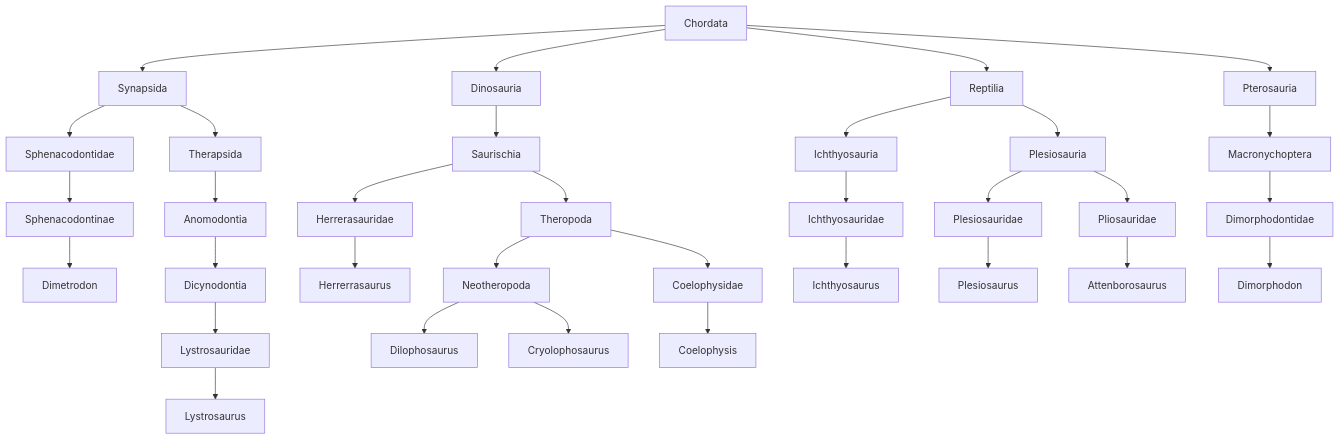
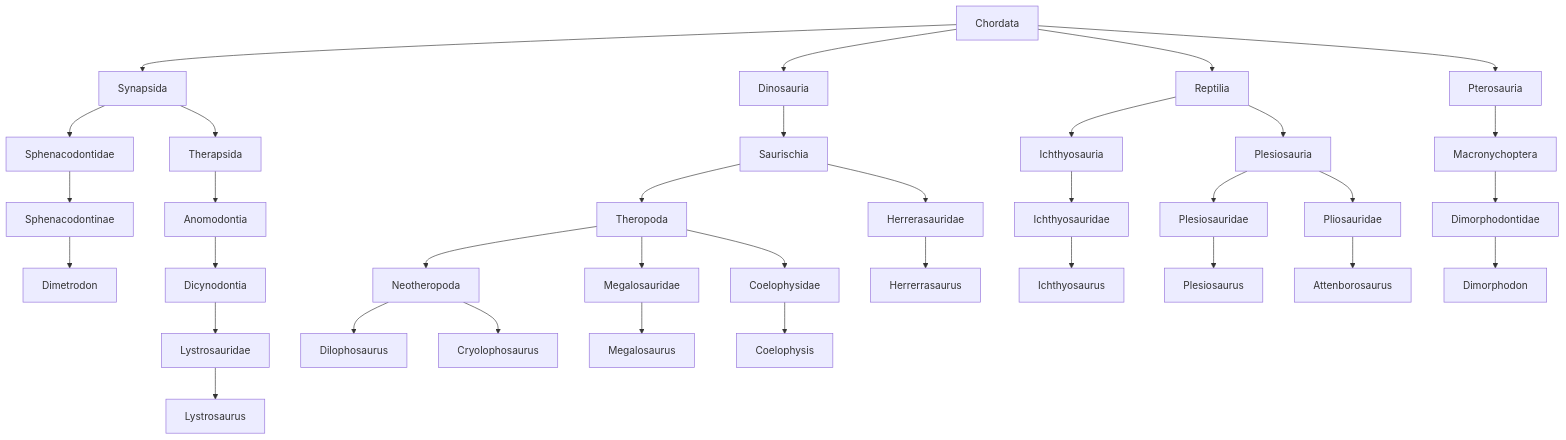
Before and after one commit to jackdixonryan/JWE2-Taxonomy: the diagram in readme.md, drawn with Mermaid.

Commit message:
Update readme.md
Megalos

````diff
--- a/readme.md
+++ b/readme.md
@@ -3,50 +3,51 @@
 ```mermaid
 graph TD;
 
 Chordata-->Synapsida
 Chordata-->Dinosauria
 Chordata-->Reptilia
 Chordata-->Pterosauria
 
 Synapsida-->Sphenacodontidae
 Synapsida-->Therapsida
 
 Sphenacodontidae-->Sphenacodontinae
 Sphenacodontinae-->Dimetrodon
 
 Therapsida-->Anomodontia
 Anomodontia-->Dicynodontia
 Dicynodontia-->Lystrosauridae
 Lystrosauridae-->Lystrosaurus
 
 Dinosauria-->Saurischia
 
 Saurischia-->Herrerasauridae
 Saurischia-->Theropoda
 
 Theropoda-->Neotheropoda
+Theropoda-->Megalosauridae
+Theropoda-->Coelophysidae
 
 Neotheropoda-->Dilophosaurus
 Neotheropoda-->Cryolophosaurus
 
 Herrerasauridae-->Herrerrasaurus
-
-Theropoda-->Coelophysidae
+Megalosauridae-->Megalosaurus
 Coelophysidae-->Coelophysis
 
 Reptilia-->Ichthyosauria
 Reptilia-->Plesiosauria
 
 Ichthyosauria-->Ichthyosauridae 
 Ichthyosauridae-->Ichthyosaurus
 
 Plesiosauria-->Plesiosauridae 
 Plesiosauria-->Pliosauridae
 
 Plesiosauridae-->Plesiosaurus
 Pliosauridae-->Attenborosaurus
 
 Pterosauria-->Macronychoptera
 Macronychoptera-->Dimorphodontidae 
 Dimorphodontidae-->Dimorphodon
 ```
````
